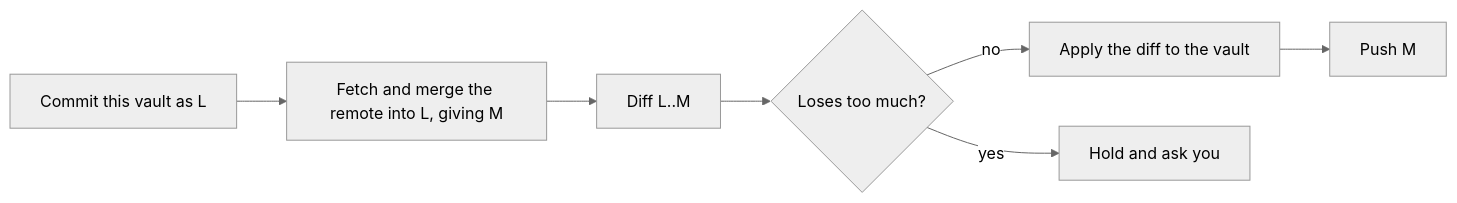
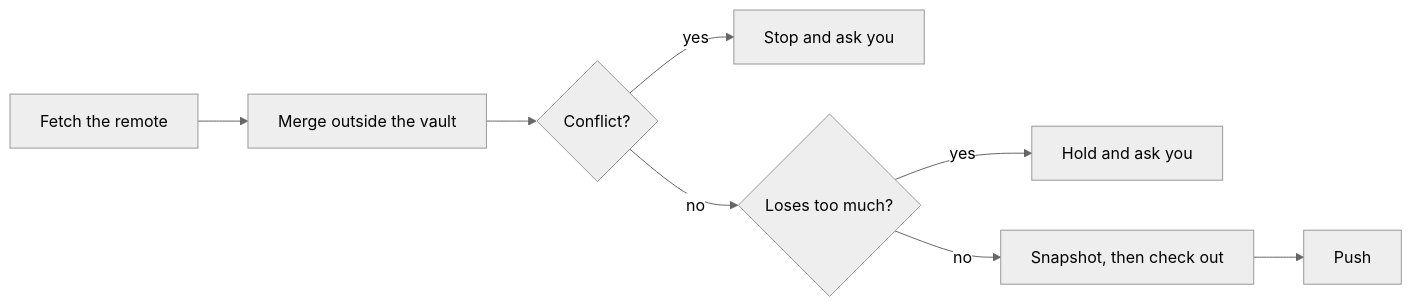
One commit to wyx-sg/Coffer changed the diagram in docs-site/guides/vault-sync.md. Above: the diagram before and after it, drawn with Mermaid (neutral theme). The commit also changed other lines of this file and 88 other files, not shown here.

````diff
--- a/docs-site/guides/vault-sync.md
+++ b/docs-site/guides/vault-sync.md
@@ -127,9 +168,10 @@
 ```mermaid
 flowchart LR
-  A["Commit this vault as L"] --> B["Fetch and merge the remote into L, giving M"]
-  B --> C["Diff L..M"]
-  C --> D{"Loses too much?"}
-  D -- "no" --> E["Apply the diff to the vault"]
-  E --> F["Push M"]
+  A["Fetch the remote"] --> B["Merge outside the vault"]
+  B --> C{"Conflict?"}
+  C -- "yes" --> S["Stop and ask you"]
+  C -- "no" --> D{"Loses too much?"}
   D -- "yes" --> H["Hold and ask you"]
+  D -- "no" --> E["Snapshot, then check out"]
+  E --> F["Push"]
 ```
````
